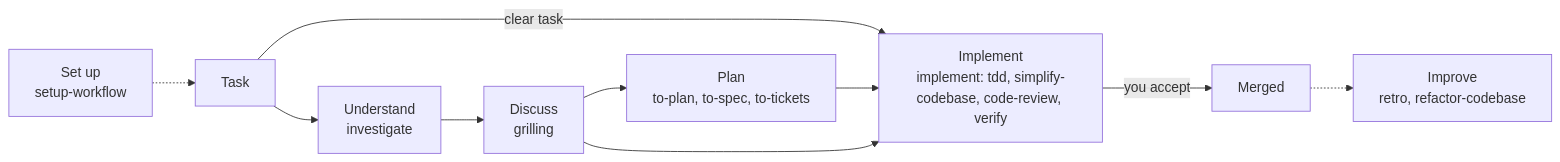
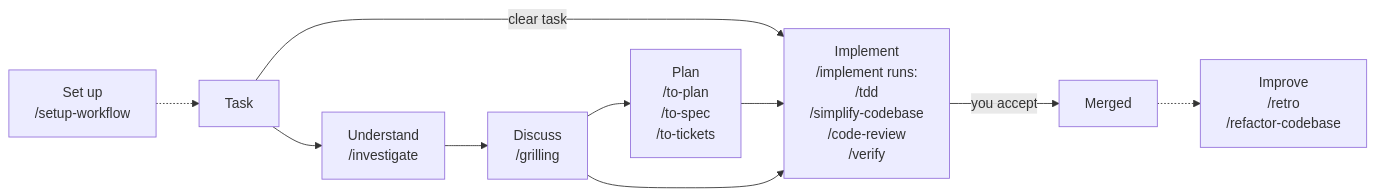
The diagram in README.md (FOZERY/agent-workflow), drawn with Mermaid before and after one commit. The commit also changed other lines of this file and 2 other files, not shown here.

````diff
--- a/README.md
+++ b/README.md
@@ -11,12 +11,12 @@
 ```mermaid
 flowchart LR
-    Setup["Set up<br/>setup-workflow"] -.-> Task[Task]
-    Task --> Understand["Understand<br/>investigate"]
-    Understand --> Discuss["Discuss<br/>grilling"]
+    Setup["Set up<br/>/setup-workflow"] -.-> Task[Task]
+    Task --> Understand["Understand<br/>/investigate"]
+    Understand --> Discuss["Discuss<br/>/grilling"]
     Task -->|clear task| Build
-    Discuss --> Plan["Plan<br/>to-plan, to-spec, to-tickets"]
-    Plan --> Build["Implement<br/>implement: tdd, simplify-codebase, code-review, verify"]
+    Discuss --> Plan["Plan<br/>/to-plan<br/>/to-spec<br/>/to-tickets"]
+    Plan --> Build["Implement<br/>/implement runs:<br/>/tdd<br/>/simplify-codebase<br/>/code-review<br/>/verify"]
     Discuss --> Build
     Build -->|you accept| Done[Merged]
-    Done -.-> Improve["Improve<br/>retro, refactor-codebase"]
+    Done -.-> Improve["Improve<br/>/retro<br/>/refactor-codebase"]
 ```
````
